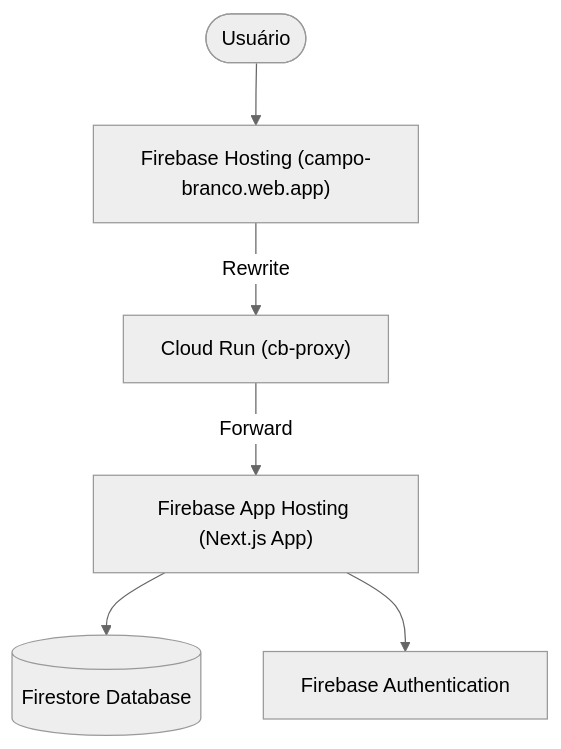
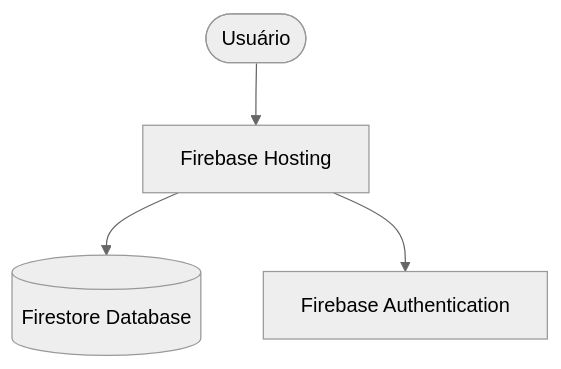
One commit to campobranco/campobranco changed the diagram in ARQUITETURA.md. Above: the diagram before and after it, drawn with Mermaid (neutral theme). The commit also changed other lines of this file and 7 other files, not shown here.

````diff
--- a/ARQUITETURA.md
+++ b/ARQUITETURA.md
@@ -13,8 +9,6 @@
 ```mermaid
 graph TD
-    User([Usuário]) --> FH["Firebase Hosting (campo-branco.web.app)"]
-    FH -- Rewrite --> CR["Cloud Run (cb-proxy)"]
-    CR -- Forward --> AH["Firebase App Hosting (Next.js App)"]
-    AH --> DB[(Firestore Database)]
-    AH --> Auth[Firebase Authentication]
+    User([Usuário]) --> FH["Firebase Hosting"]
+    FH --> DB[(Firestore Database)]
+    FH --> Auth[Firebase Authentication]
 ```
````
